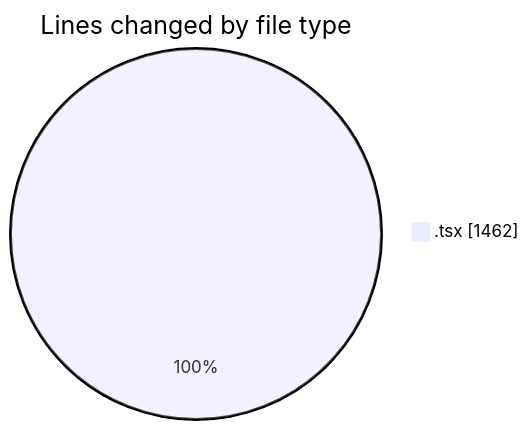
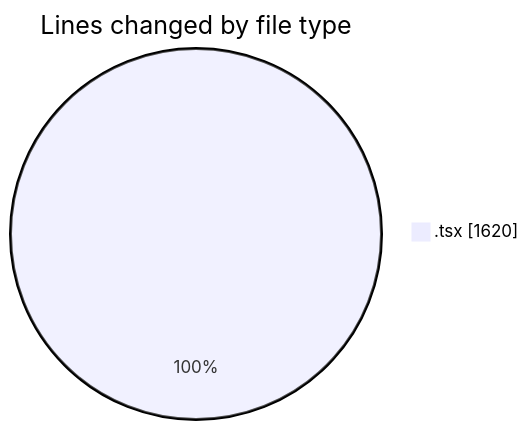
The first of 2 diagrams in 2025-09-30/cda/README.md (momahboobian/code-tracking), drawn with Mermaid before and after one commit. The commit also changed other lines of this file and 1 other file, not shown here.

````diff
--- a/2025-09-30/cda/README.md
+++ b/2025-09-30/cda/README.md
@@ -21,5 +21,5 @@
 ```mermaid
 pie showData
 title Lines changed by file type
-".tsx" : 1462
+".tsx" : 1620
 ```
````
